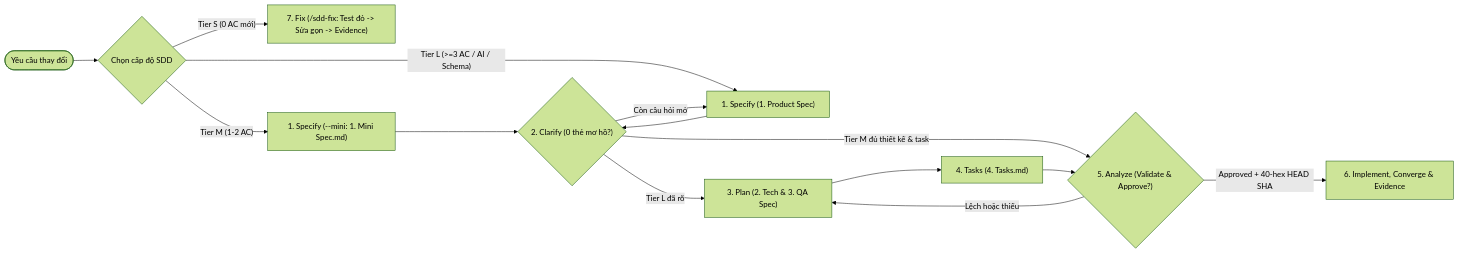
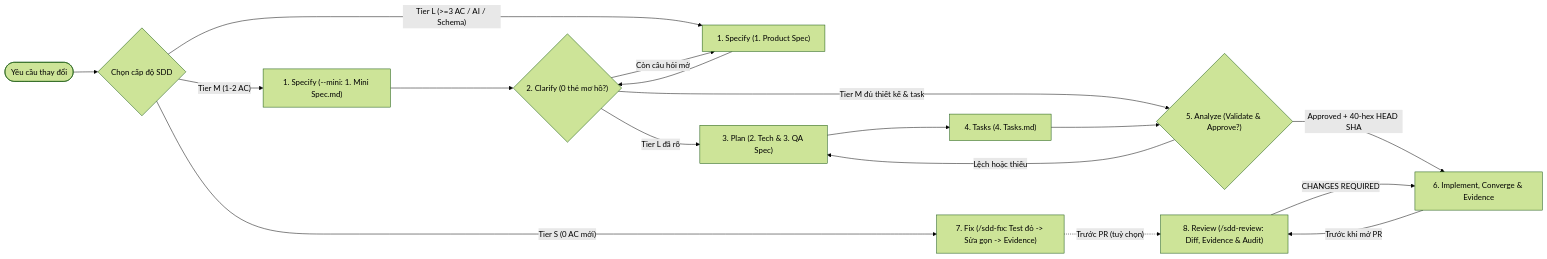
Before and after one commit to thinh1995/blueprint-ai: the diagram in docs/current/00 - Onboarding/6. Spec-Driven Feature Prompts.md, drawn with Mermaid (forest theme). The commit also changed other lines of this file and 29 other files, not shown here.

First line of the commit message:
feat(sdd): v0.7.0 atomic spec stamp, self-mode evidence recorder, owned-paths gate, and /sdd-review

````diff
--- a/docs/current/00 - Onboarding/6. Spec-Driven Feature Prompts.md
+++ b/docs/current/00 - Onboarding/6. Spec-Driven Feature Prompts.md
@@ -42,16 +42,19 @@
 ```mermaid
 flowchart LR
   Start(["Yêu cầu thay đổi"]) --> Tier{"Chọn cấp độ SDD"}
   Tier -->|"Tier S (0 AC mới)"| Fix["7. Fix (/sdd-fix: Test đỏ -> Sửa gọn -> Evidence)"]
   Tier -->|"Tier M (1-2 AC)"| Mini["1. Specify (--mini: 1. Mini Spec.md)"]
   Tier -->|"Tier L (>=3 AC / AI / Schema)"| S1["1. Specify (1. Product Spec)"]
   Mini --> S2{"2. Clarify (0 thẻ mơ hồ?)"}
   S1 --> S2
   S2 -->|"Còn câu hỏi mở"| S1
   S2 -->|"Tier L đã rõ"| S3["3. Plan (2. Tech & 3. QA Spec)"]
   S3 --> S4["4. Tasks (4. Tasks.md)"]
   S2 -->|"Tier M đủ thiết kế & task"| S5{"5. Analyze (Validate & Approve?)"}
   S4 --> S5
   S5 -->|"Lệch hoặc thiếu"| S3
   S5 -->|"Approved + 40-hex HEAD SHA"| S6["6. Implement, Converge & Evidence"]
+  S6 -->|"Trước khi mở PR"| S8["8. Review (/sdd-review: Diff, Evidence & Audit)"]
+  Fix -.->|"Trước PR (tuỳ chọn)"| S8
+  S8 -->|"CHANGES REQUIRED"| S6
 ```
````
